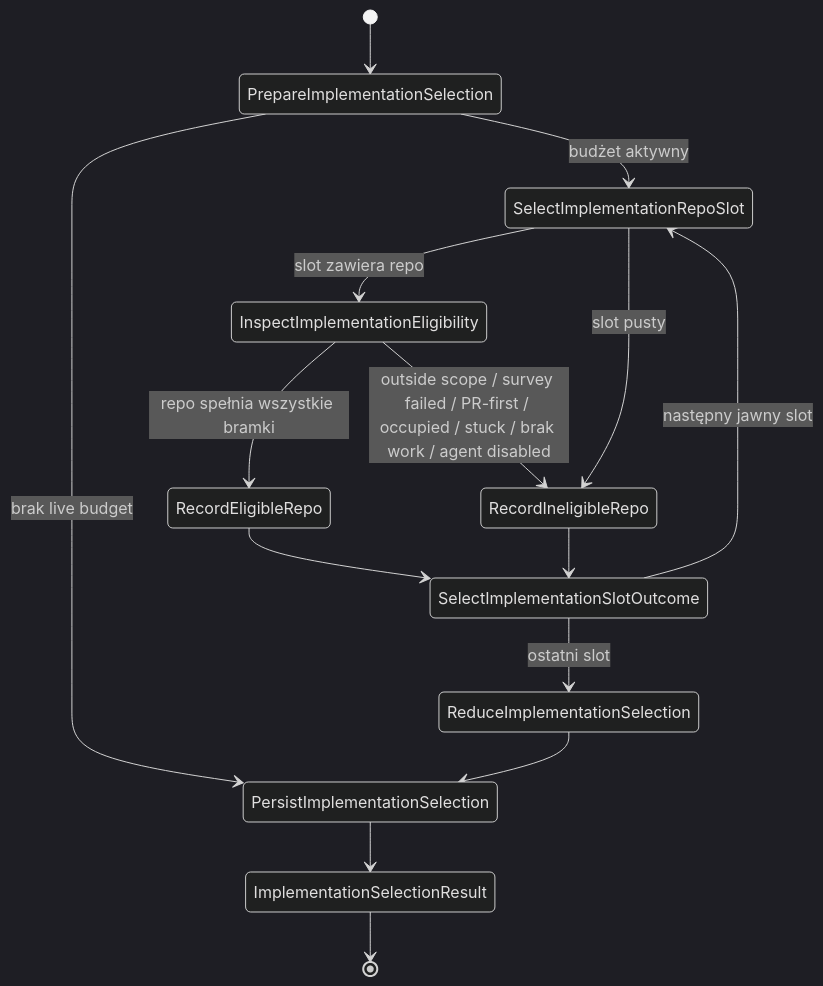
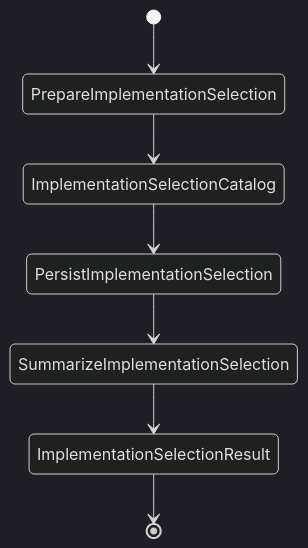
Diagram 32 of 39 in README.md (mikolaj92/lokay), drawn with Mermaid (dark theme) before and after one commit. The commit also changed other lines of this file and 16 other files, not shown here.

First line of the commit message:
fix: collapse plan_pass and select_implement to catalog atoms

````diff
--- a/README.md
+++ b/README.md
@@ -949,17 +947,9 @@
 ```mermaid
 stateDiagram-v2
     [*] --> PrepareImplementationSelection
-    PrepareImplementationSelection --> PersistImplementationSelection: brak live budget
-    PrepareImplementationSelection --> SelectImplementationRepoSlot: budżet aktywny
-    SelectImplementationRepoSlot --> InspectImplementationEligibility: slot zawiera repo
-    SelectImplementationRepoSlot --> RecordIneligibleRepo: slot pusty
-    InspectImplementationEligibility --> RecordEligibleRepo: repo spełnia wszystkie bramki
-    InspectImplementationEligibility --> RecordIneligibleRepo: outside scope / survey failed / PR-first / occupied / stuck / brak work / agent disabled
-    RecordEligibleRepo --> SelectImplementationSlotOutcome
-    RecordIneligibleRepo --> SelectImplementationSlotOutcome
-    SelectImplementationSlotOutcome --> SelectImplementationRepoSlot: następny jawny slot
-    SelectImplementationSlotOutcome --> ReduceImplementationSelection: ostatni slot
-    ReduceImplementationSelection --> PersistImplementationSelection
-    PersistImplementationSelection --> ImplementationSelectionResult
+    PrepareImplementationSelection --> ImplementationSelectionCatalog
+    ImplementationSelectionCatalog --> PersistImplementationSelection
+    PersistImplementationSelection --> SummarizeImplementationSelection
+    SummarizeImplementationSelection --> ImplementationSelectionResult
     ImplementationSelectionResult --> [*]
 ```
````
